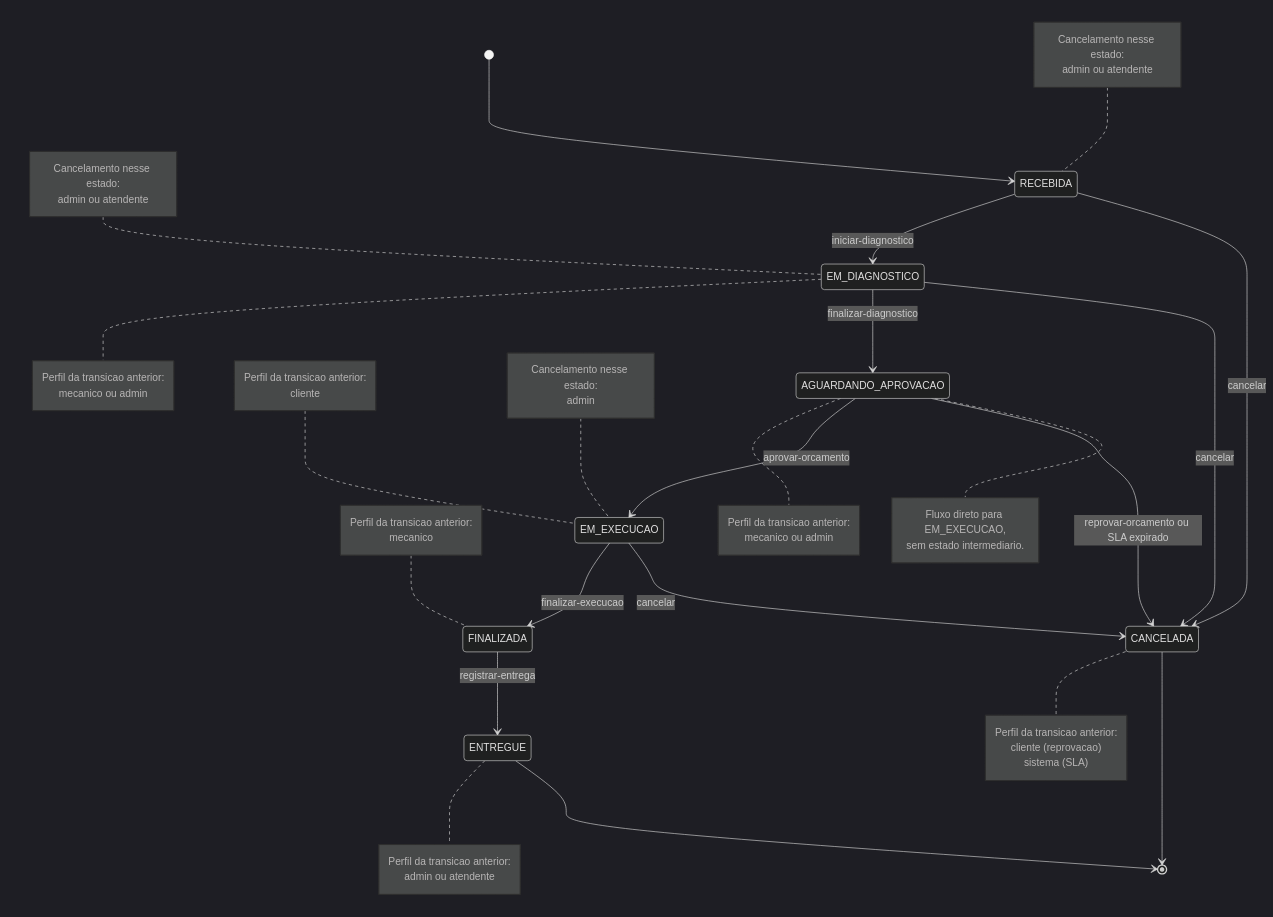
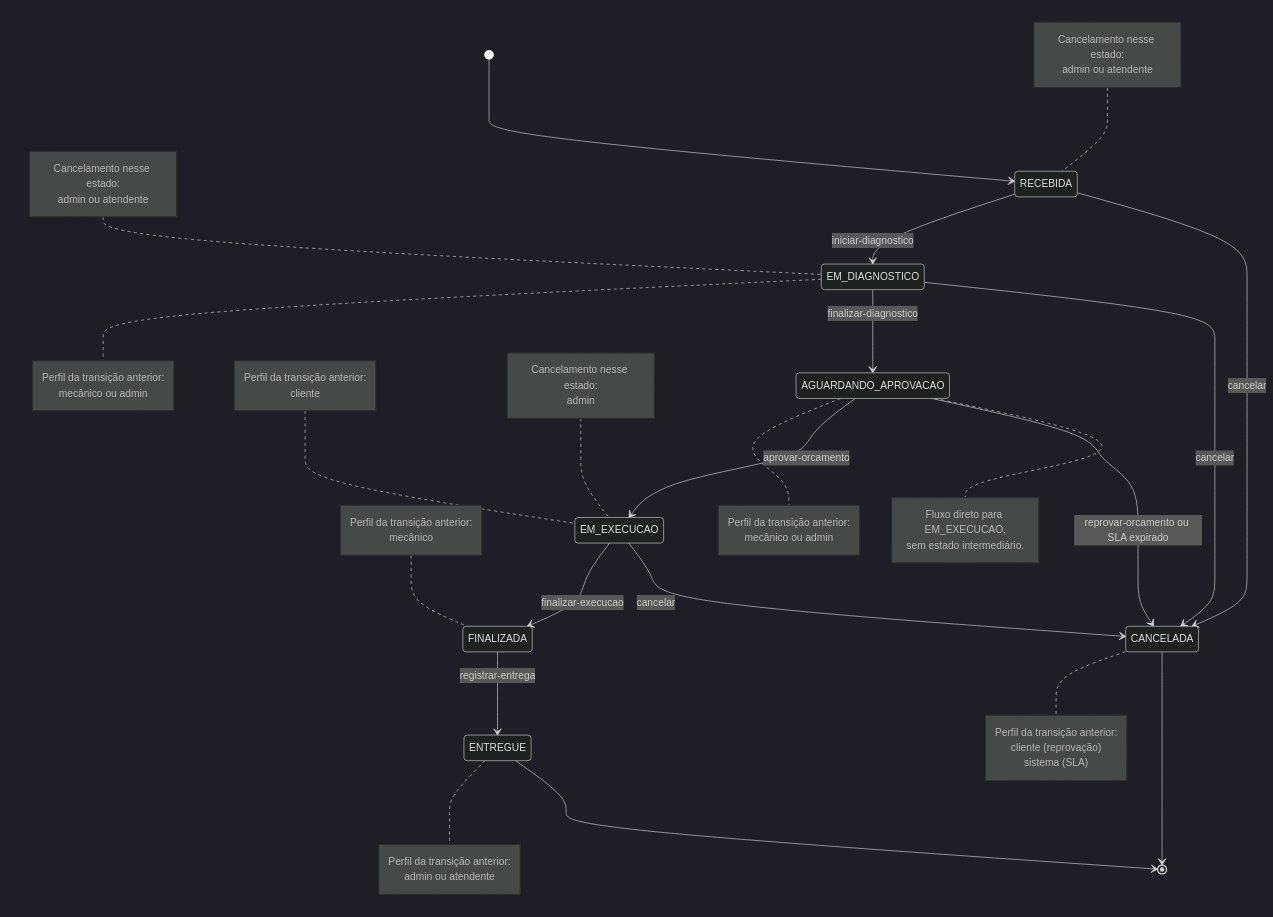
One commit to FIAP-SOFTWARE-ARCHITECTURE-TEAM/Mekano-API changed the diagram in docs/sequence-diagrams/fluxo-completo-os-lifecycle.md. Above: the diagram before and after it, drawn with Mermaid (dark theme). The commit also changed other lines of this file and 2 other files, not shown here.

Commit message:
Fix review comments on sequence diagram accentuation

````diff
--- a/docs/sequence-diagrams/fluxo-completo-os-lifecycle.md
+++ b/docs/sequence-diagrams/fluxo-completo-os-lifecycle.md
@@ -5,67 +5,67 @@
 ```mermaid
 stateDiagram-v2
     [*] --> RECEBIDA
 
     RECEBIDA --> EM_DIAGNOSTICO: iniciar-diagnostico
     note right of EM_DIAGNOSTICO
-      Perfil da transicao anterior:
-      mecanico ou admin
+      Perfil da transição anterior:
+      mecânico ou admin
     end note
 
     EM_DIAGNOSTICO --> AGUARDANDO_APROVACAO: finalizar-diagnostico
     note right of AGUARDANDO_APROVACAO
-      Perfil da transicao anterior:
-      mecanico ou admin
+      Perfil da transição anterior:
+      mecânico ou admin
     end note
 
     AGUARDANDO_APROVACAO --> EM_EXECUCAO: aprovar-orcamento
     note left of EM_EXECUCAO
-      Perfil da transicao anterior:
+      Perfil da transição anterior:
       cliente
     end note
 
     AGUARDANDO_APROVACAO --> CANCELADA: reprovar-orcamento ou SLA expirado
     note right of CANCELADA
-      Perfil da transicao anterior:
-      cliente (reprovacao)
+      Perfil da transição anterior:
+      cliente (reprovação)
       sistema (SLA)
     end note
 
     EM_EXECUCAO --> FINALIZADA: finalizar-execucao
     note left of FINALIZADA
-      Perfil da transicao anterior:
-      mecanico
+      Perfil da transição anterior:
+      mecânico
     end note
 
     FINALIZADA --> ENTREGUE: registrar-entrega
     note right of ENTREGUE
-      Perfil da transicao anterior:
+      Perfil da transição anterior:
       admin ou atendente
     end note
 
     RECEBIDA --> CANCELADA: cancelar
     note left of RECEBIDA
       Cancelamento nesse estado:
       admin ou atendente
     end note
 
     EM_DIAGNOSTICO --> CANCELADA: cancelar
     note left of EM_DIAGNOSTICO
       Cancelamento nesse estado:
       admin ou atendente
     end note
 
     EM_EXECUCAO --> CANCELADA: cancelar
     note left of EM_EXECUCAO
       Cancelamento nesse estado:
       admin
     end note
 
     CANCELADA --> [*]
     ENTREGUE --> [*]
 
     note right of AGUARDANDO_APROVACAO
       Fluxo direto para EM_EXECUCAO,
-      sem estado intermediario.
+      sem estado intermediário.
     end note
 ```
````
